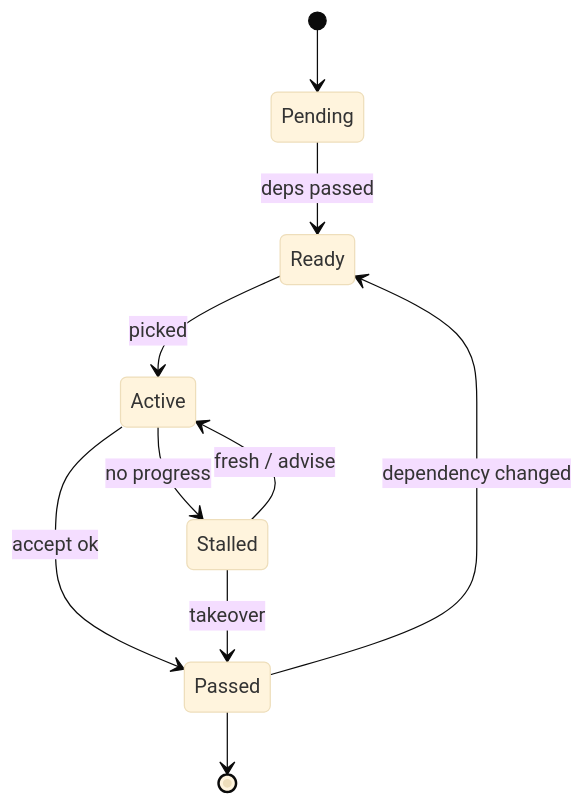
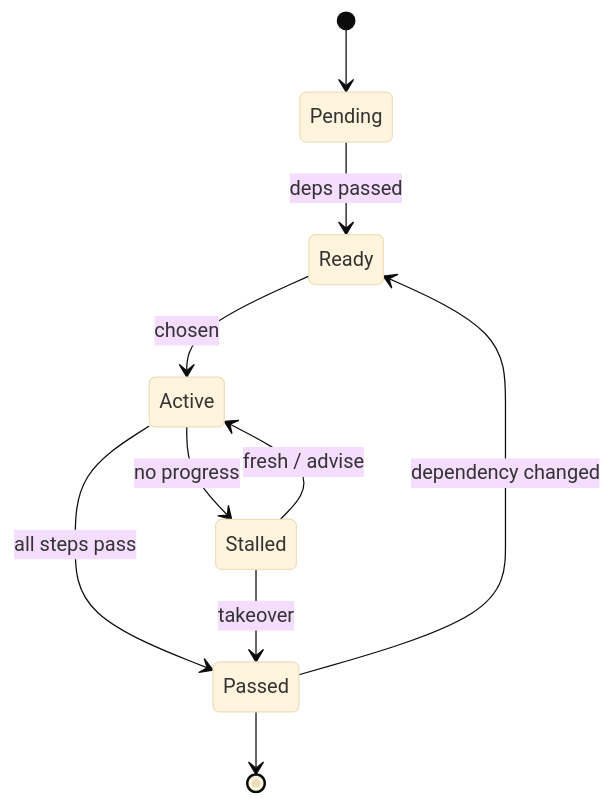
One commit to RUI030/Jach changed the third of 3 diagrams in docs/decisions/0005-task-format.md. Above: the diagram before and after it, drawn with Mermaid (base theme). The commit also changed other lines of this file and 1 other file, not shown here.

Commit message:
0005: feature-first units, script-built dependency graph, model picks among ready tasks

````diff
--- a/docs/decisions/0005-task-format.md
+++ b/docs/decisions/0005-task-format.md
@@ -42,12 +94,12 @@
 ```mermaid
 stateDiagram-v2
     [*] --> Pending
     Pending --> Ready: deps passed
-    Ready --> Active: picked
-    Active --> Passed: accept ok
+    Ready --> Active: chosen
+    Active --> Passed: all steps pass
     Active --> Stalled: no progress
     Stalled --> Active: fresh / advise
     Stalled --> Passed: takeover
     Passed --> Ready: dependency changed
     Passed --> [*]
 ```
````
